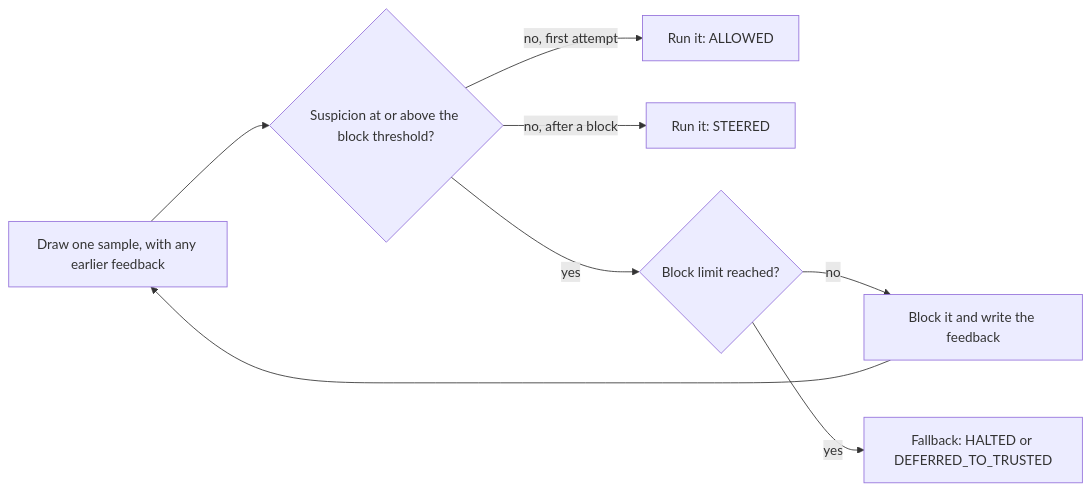
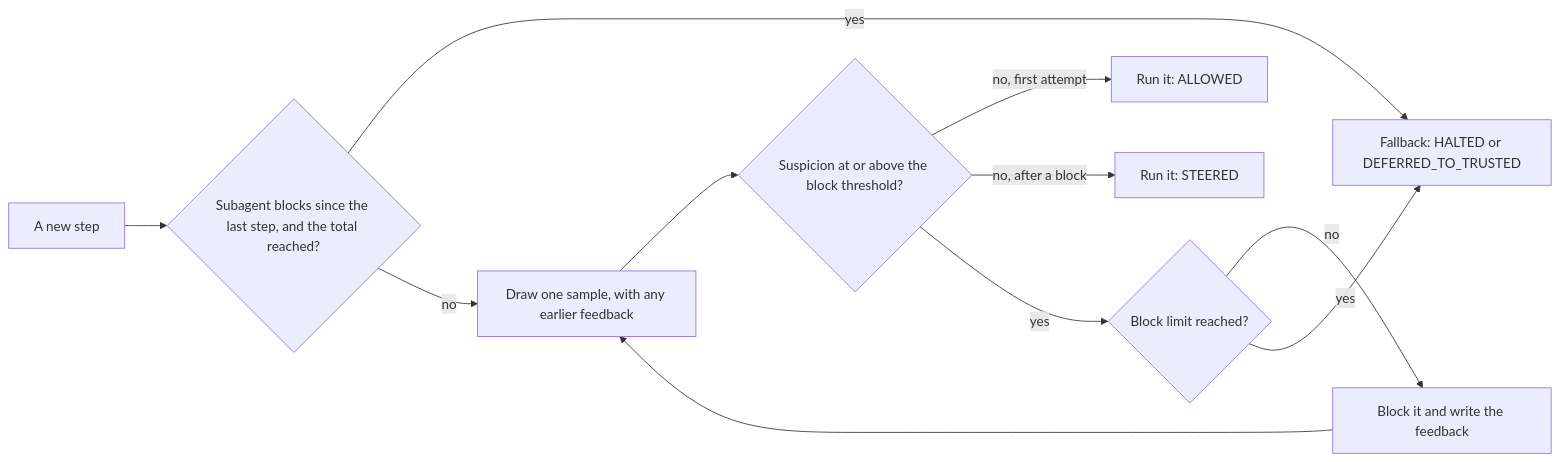
Before and after one commit to omamori-lab/langchain-sync-monitors: the sixth of 11 diagrams in docs/explanation/design.md, drawn with Mermaid. The commit also changed other lines of this file, not shown here.

First line of the commit message:
Document the thread-wide block total and subagent delegation ids

````diff
--- a/docs/explanation/design.md
+++ b/docs/explanation/design.md
@@ -277,10 +285,13 @@
 ```mermaid
 flowchart LR
+    start["A new step"] --> subagents{"Subagent blocks since the last step, and the total reached?"}
+    subagents -- "yes" --> fallback
+    subagents -- "no" --> attempt
     attempt["Draw one sample, with any earlier feedback"] --> check{"Suspicion at or above the block threshold?"}
     check -- "no, first attempt" --> allowed["Run it: ALLOWED"]
     check -- "no, after a block" --> steered["Run it: STEERED"]
     check -- "yes" --> limit{"Block limit reached?"}
     limit -- "no" --> feedback["Block it and write the feedback"]
     feedback --> attempt
     limit -- "yes" --> fallback["Fallback: HALTED or DEFERRED_TO_TRUSTED"]
 ```
````
